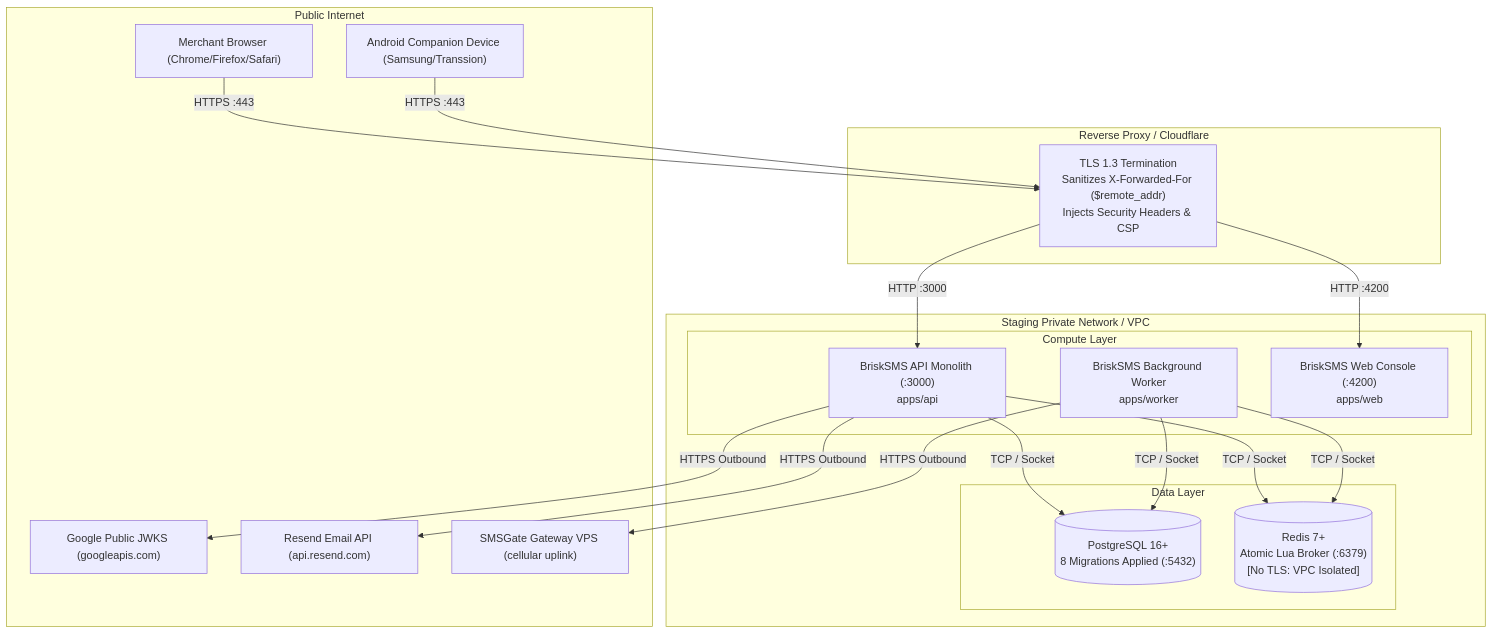
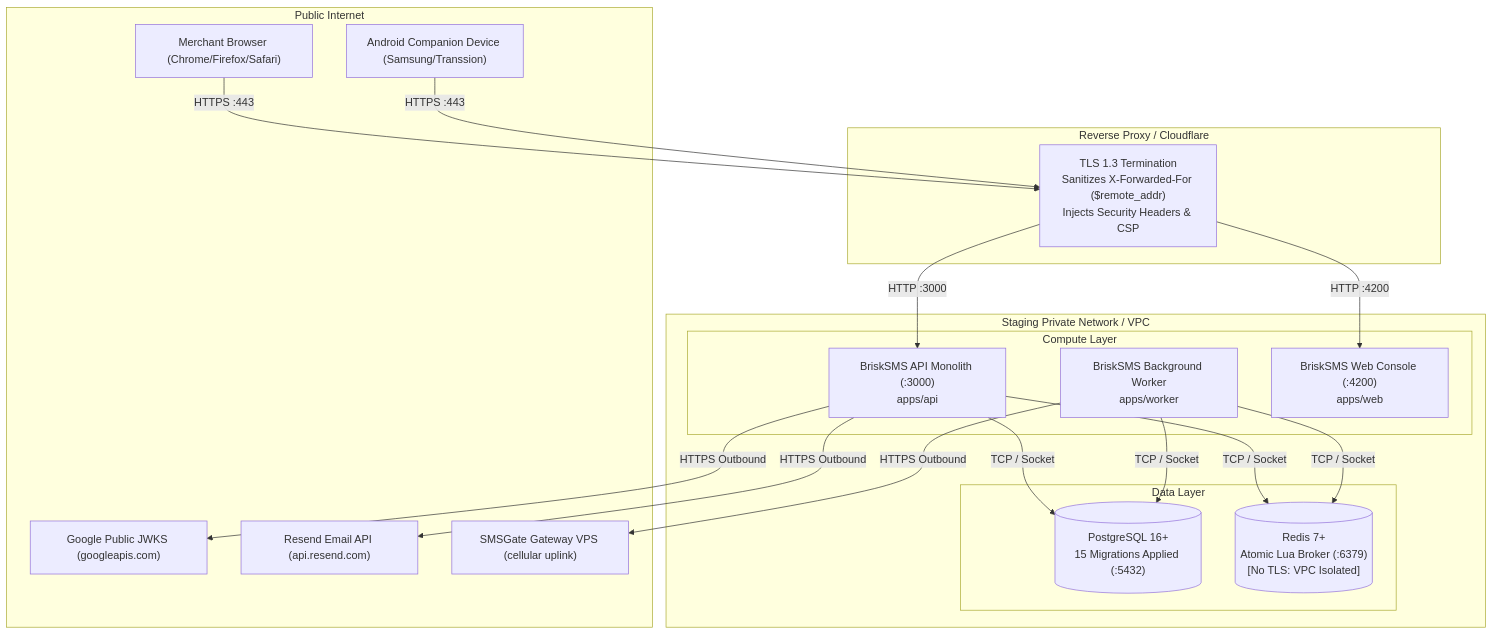
The diagram in docs/reports/STAGING_READINESS_AUDIT.md (realmadede/BriskSMS), drawn with Mermaid before and after one commit. The commit also changed other lines of this file and 178 other files, not shown here.

````diff
--- a/docs/reports/STAGING_READINESS_AUDIT.md
+++ b/docs/reports/STAGING_READINESS_AUDIT.md
@@ -302,41 +321,41 @@
 ```mermaid
 flowchart TD
     subgraph Public Internet
         Browser["Merchant Browser (Chrome/Firefox/Safari)"]
         AndroidDevice["Android Companion Device (Samsung/Transsion)"]
         GoogleJWKS["Google Public JWKS (googleapis.com)"]
         ResendAPI["Resend Email API (api.resend.com)"]
         SMSGateCloud["SMSGate Gateway VPS (cellular uplink)"]
     end
 
     subgraph Staging Edge [Reverse Proxy / Cloudflare]
         Edge["TLS 1.3 Termination<br/>Sanitizes X-Forwarded-For ($remote_addr)<br/>Injects Security Headers & CSP"]
     end
 
     subgraph Staging Private Network / VPC
         subgraph Compute Layer
             API["BriskSMS API Monolith (:3000)<br/>apps/api"]
             Worker["BriskSMS Background Worker<br/>apps/worker"]
             WebConsole["BriskSMS Web Console (:4200)<br/>apps/web"]
         end
 
         subgraph Data Layer
-            PG[("PostgreSQL 16+<br/>8 Migrations Applied (:5432)")]
+            PG[("PostgreSQL 16+<br/>15 Migrations Applied (:5432)")]
             Redis[("Redis 7+<br/>Atomic Lua Broker (:6379)<br/>[No TLS: VPC Isolated]")]
         end
     end
 
     Browser -->|HTTPS :443| Edge
     AndroidDevice -->|HTTPS :443| Edge
     Edge -->|HTTP :3000| API
     Edge -->|HTTP :4200| WebConsole
 
     API -->|TCP / Socket| PG
     API -->|TCP / Socket| Redis
     Worker -->|TCP / Socket| PG
     Worker -->|TCP / Socket| Redis
 
     API -->|HTTPS Outbound| GoogleJWKS
     API -->|HTTPS Outbound| ResendAPI
     Worker -->|HTTPS Outbound| SMSGateCloud
 ```
````
